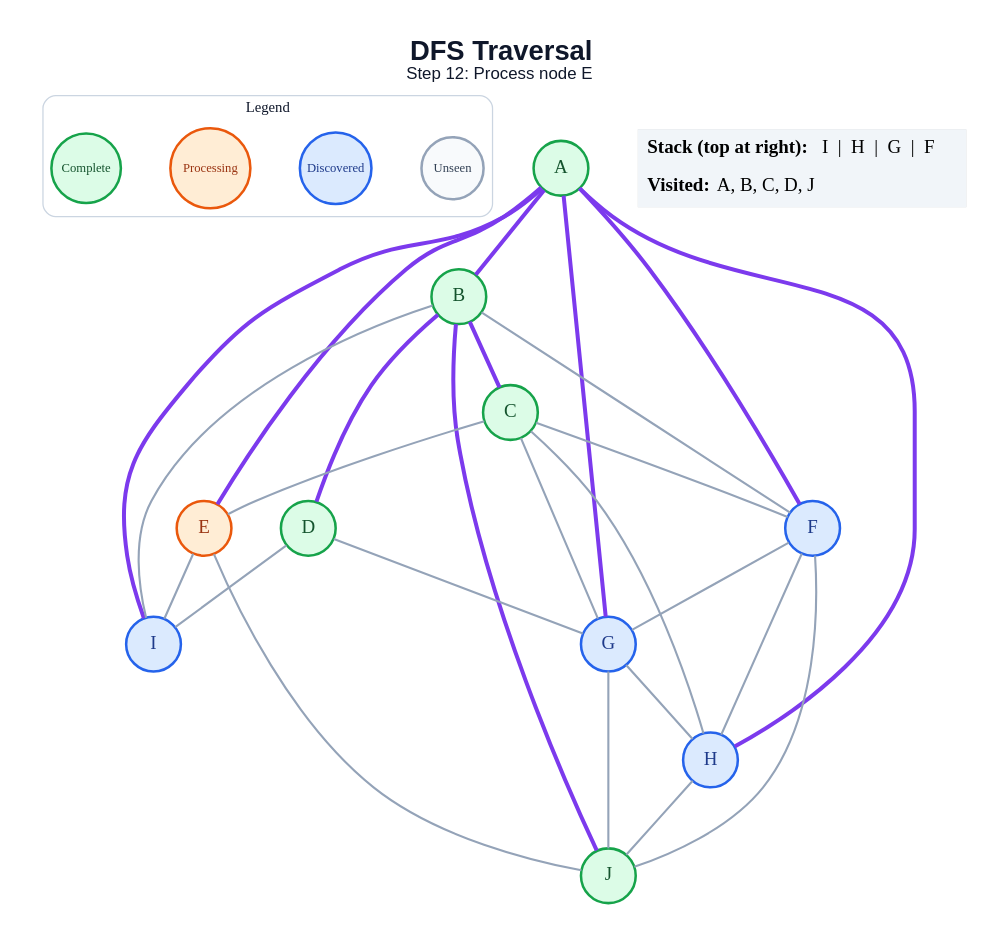
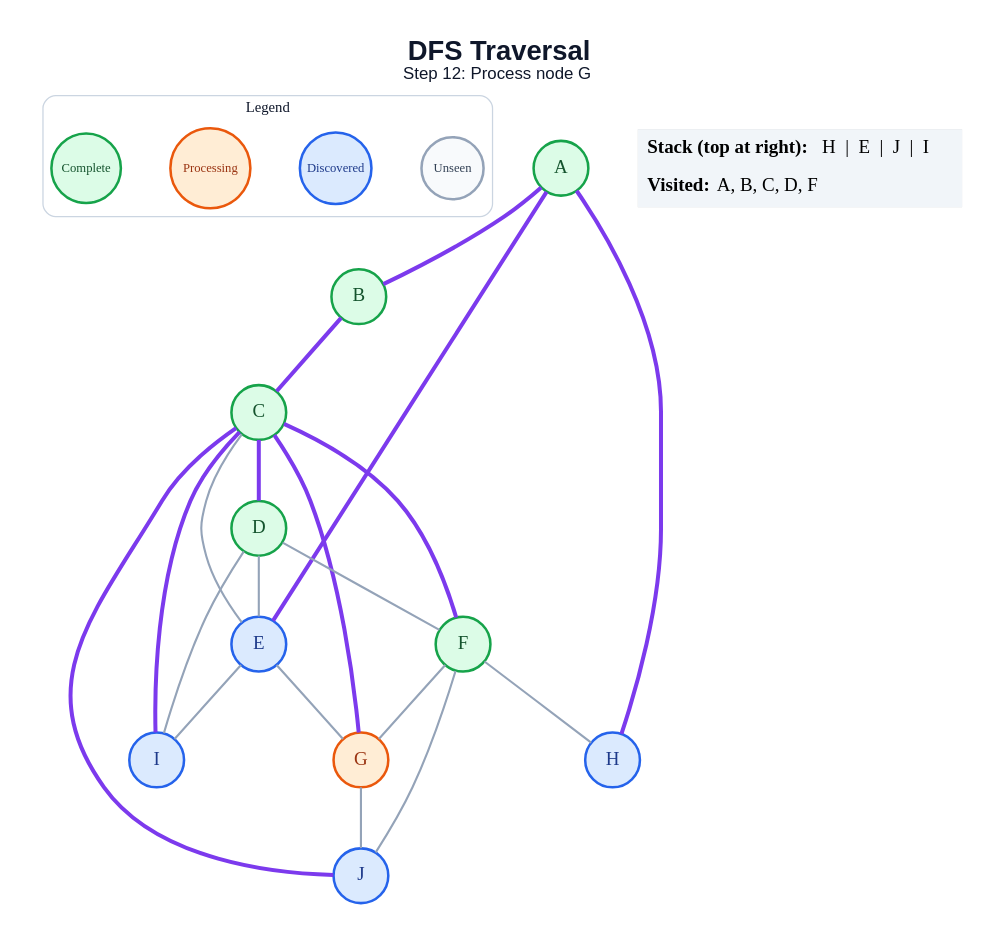
Before and after one commit to anon7238593-create/ai-slop: the diagram in generated/dfs/step_12.dot, drawn with Graphviz. The commit also changed 178 other files, not shown here.

```diff
--- a/generated/dfs/step_12.dot
+++ b/generated/dfs/step_12.dot
@@ -1,54 +1,48 @@
 graph traversal {
   graph [layout=dot, rankdir=TB, bgcolor="#FFFFFF", pad="0.35", nodesep="0.65", ranksep="0.8", fontname="Arial"];
   node [shape=circle, style="filled", fontname="Arial Bold", fontsize=18, width=0.72, fixedsize=true, penwidth=2.4];
   edge [color="#94A3B8", penwidth=2.0];
-  label=<<B>DFS Traversal</B><BR/><FONT POINT-SIZE="16">Step 12: Process node E</FONT>>; labelloc="t"; fontsize=26; fontname="Arial"; fontcolor="#0F172A";
+  label=<<B>DFS Traversal</B><BR/><FONT POINT-SIZE="16">Step 12: Process node G</FONT>>; labelloc="t"; fontsize=26; fontname="Arial"; fontcolor="#0F172A";
   subgraph cluster_legend { label="Legend"; color="#CBD5E1"; penwidth=1.2; style="rounded"; fontsize=14; fontname="Arial Bold";
     key_unseen [label="Unseen", fillcolor="#F8FAFC", color="#94A3B8", fontcolor="#334155", fontsize=12, width=0.82];
     key_frontier [label="Discovered", fillcolor="#DBEAFE", color="#2563EB", fontcolor="#1E3A8A", fontsize=12, width=0.95];
     key_current [label="Processing", fillcolor="#FFEDD5", color="#EA580C", fontcolor="#9A3412", fontsize=12, width=1.05];
     key_done [label="Complete", fillcolor="#DCFCE7", color="#16A34A", fontcolor="#14532D", fontsize=12, width=0.92];
     { rank=same; key_unseen; key_frontier; key_current; key_done; }
   }
   A [fillcolor="#DCFCE7", color="#16A34A", fontcolor="#14532D"];
   B [fillcolor="#DCFCE7", color="#16A34A", fontcolor="#14532D"];
   C [fillcolor="#DCFCE7", color="#16A34A", fontcolor="#14532D"];
   D [fillcolor="#DCFCE7", color="#16A34A", fontcolor="#14532D"];
-  E [fillcolor="#FFEDD5", color="#EA580C", fontcolor="#9A3412"];
-  F [fillcolor="#DBEAFE", color="#2563EB", fontcolor="#1E3A8A"];
-  G [fillcolor="#DBEAFE", color="#2563EB", fontcolor="#1E3A8A"];
+  E [fillcolor="#DBEAFE", color="#2563EB", fontcolor="#1E3A8A"];
+  F [fillcolor="#DCFCE7", color="#16A34A", fontcolor="#14532D"];
+  G [fillcolor="#FFEDD5", color="#EA580C", fontcolor="#9A3412"];
   H [fillcolor="#DBEAFE", color="#2563EB", fontcolor="#1E3A8A"];
   I [fillcolor="#DBEAFE", color="#2563EB", fontcolor="#1E3A8A"];
-  J [fillcolor="#DCFCE7", color="#16A34A", fontcolor="#14532D"];
+  J [fillcolor="#DBEAFE", color="#2563EB", fontcolor="#1E3A8A"];
   A -- B [color="#7C3AED", penwidth=3.8];
   A -- E [color="#7C3AED", penwidth=3.8];
-  A -- F [color="#7C3AED", penwidth=3.8];
-  A -- G [color="#7C3AED", penwidth=3.8];
   A -- H [color="#7C3AED", penwidth=3.8];
-  A -- I [color="#7C3AED", penwidth=3.8];
   B -- C [color="#7C3AED", penwidth=3.8];
-  B -- D [color="#7C3AED", penwidth=3.8];
-  B -- F;
-  B -- I;
-  B -- J [color="#7C3AED", penwidth=3.8];
+  C -- D [color="#7C3AED", penwidth=3.8];
   C -- E;
-  C -- F;
-  C -- G;
-  C -- H;
-  D -- G;
+  C -- F [color="#7C3AED", penwidth=3.8];
+  C -- G [color="#7C3AED", penwidth=3.8];
+  C -- I [color="#7C3AED", penwidth=3.8];
+  C -- J [color="#7C3AED", penwidth=3.8];
+  D -- E;
+  D -- F;
   D -- I;
+  E -- G;
   E -- I;
-  E -- J;
   F -- G;
   F -- H;
   F -- J;
-  G -- H;
   G -- J;
-  H -- J;
   status [shape=plain, fixedsize=false, width=0, height=0, margin=0, label=<
     <TABLE BORDER="0" CELLBORDER="0" CELLPADDING="7" BGCOLOR="#F1F5F9">
-      <TR><TD ALIGN="LEFT"><B>Stack (top at right):</B> I  |  H  |  G  |  F</TD></TR>
-      <TR><TD ALIGN="LEFT"><B>Visited:</B> A, B, C, D, J</TD></TR>
+      <TR><TD ALIGN="LEFT"><B>Stack (top at right):</B> H  |  E  |  J  |  I</TD></TR>
+      <TR><TD ALIGN="LEFT"><B>Visited:</B> A, B, C, D, F</TD></TR>
     </TABLE>
   >];
 }
```
